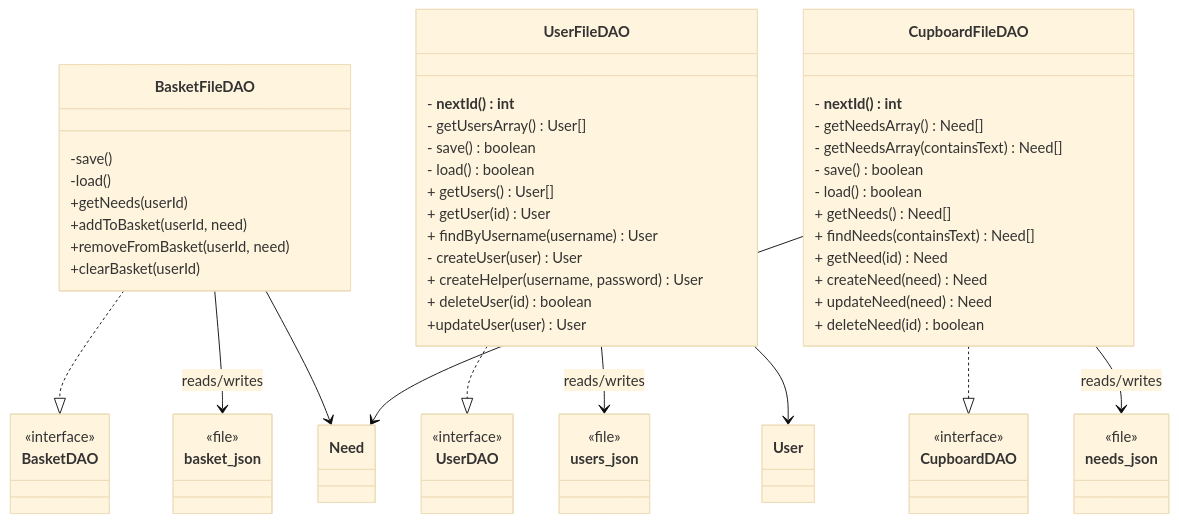
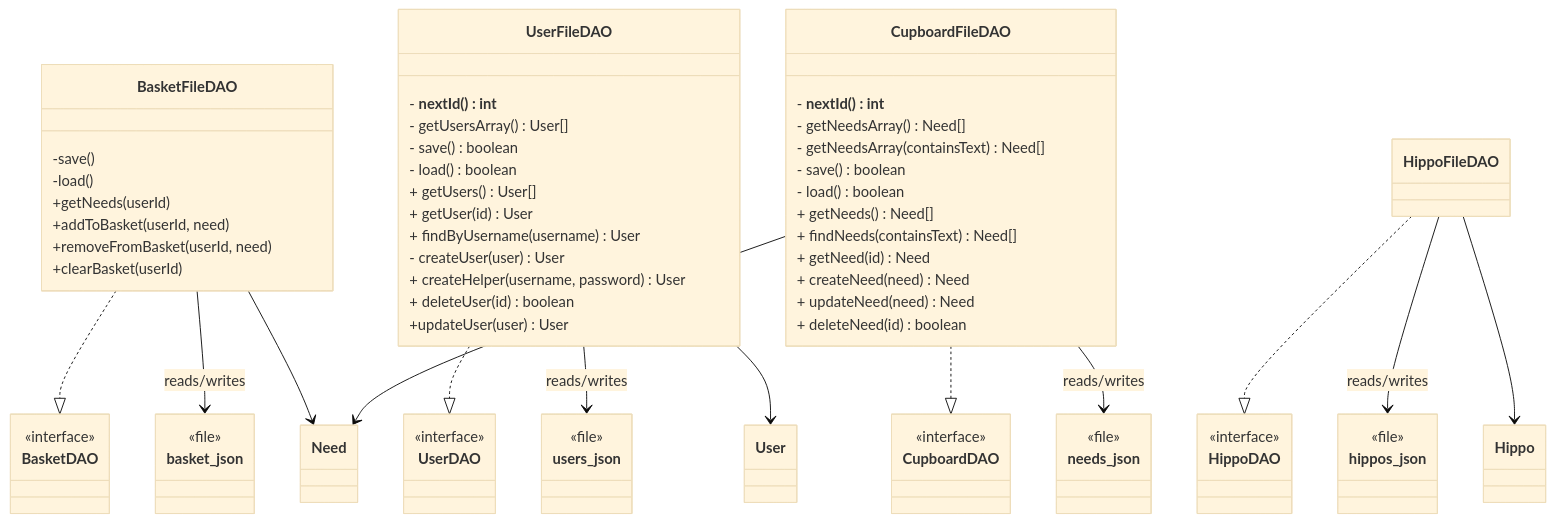
Before and after one commit to QuinnYates29/hungry-hippos: the third of 3 diagrams in docs/DesignDoc.md, drawn with Mermaid (base theme). The commit also changed other lines of this file, not shown here.

Commit message:
Updated docs for sprint 3

````diff
--- a/docs/DesignDoc.md
+++ b/docs/DesignDoc.md
@@ -263,6 +267,10 @@
 }
 
 class CupboardDAO {
+  <<interface>>
+}
+
+class HippoDAO {
   <<interface>>
 }
 
@@ -304,11 +312,19 @@
   + deleteNeed(id) boolean
 }
 
+class HippoFileDAO {
+
+}
+
 %% Domain Models
 class Need {
 }
 
 class User {
+}
+
+class Hippo {
+
 }
 
 %% File Resources (represented as classes for diagram clarity)
@@ -324,18 +340,25 @@
   <<file>>
 }
 
+class hippos_json {
+  <<file>>
+}
+
 %% Interface Implementations
 BasketFileDAO ..|> BasketDAO
 UserFileDAO ..|> UserDAO
 CupboardFileDAO ..|> CupboardDAO
+HippoFileDAO ..|> HippoDAO
 
 %% File Access Relationships
 BasketFileDAO --> basket_json : reads/writes
 UserFileDAO --> users_json : reads/writes
 CupboardFileDAO --> needs_json : reads/writes
+HippoFileDAO --> hippos_json : reads/writes
 
 %% Domain Usage
 BasketFileDAO --> Need
 CupboardFileDAO --> Need
 UserFileDAO --> User
+HippoFileDAO --> Hippo
 ```
````
